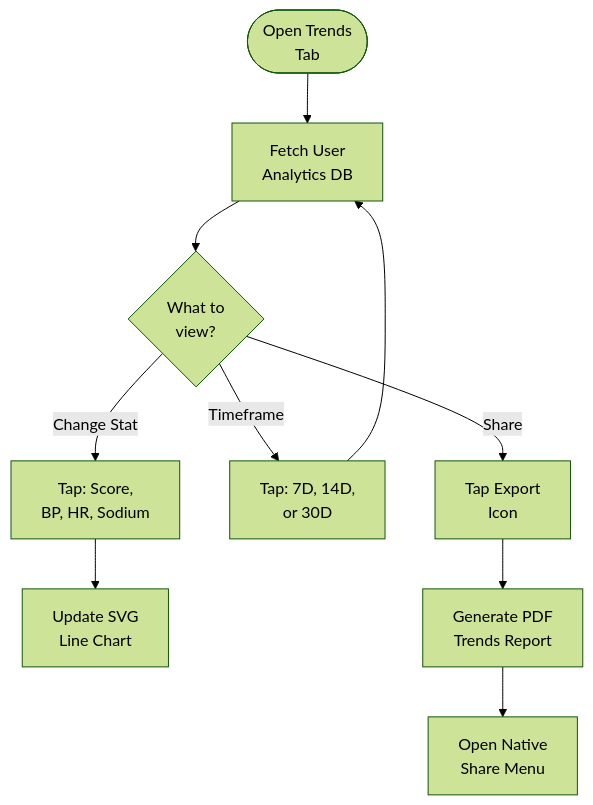
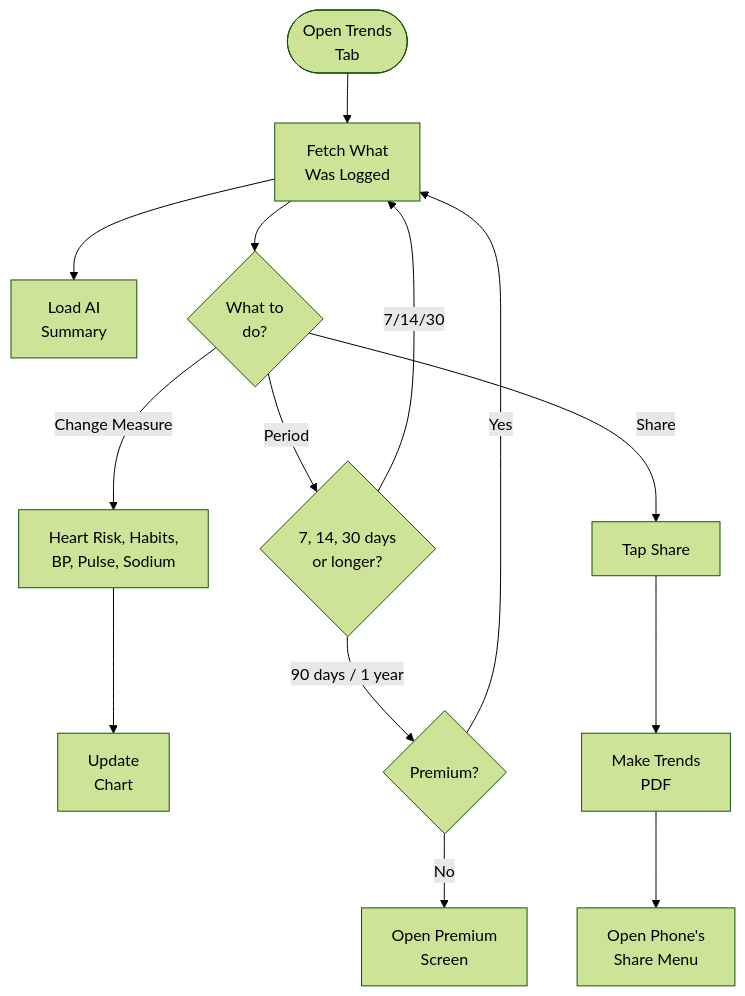
Before and after one commit to Quixotic-MJ/HEARTLINK_APP: the tenth of 18 diagrams in documentation/USER_FLOWS.md, drawn with Mermaid (forest theme). The commit also changed other lines of this file and 31 other files, not shown here.

````diff
--- a/documentation/USER_FLOWS.md
+++ b/documentation/USER_FLOWS.md
@@ -292,16 +316,20 @@
 ```mermaid
 flowchart TD
-    A(["Open Trends<br/>Tab"]) --> B["Fetch User<br/>Analytics DB"]
-    
-    B --> C{"What to<br/>view?"}
-    
-    C -- Change Stat --> C1["Tap: Score,<br/>BP, HR, Sodium"]
-    C1 --> D["Update SVG<br/>Line Chart"]
-    
-    C -- Timeframe --> C2["Tap: 7D, 14D,<br/>or 30D"]
-    C2 --> B
-    
-    C -- Share --> C3["Tap Export<br/>Icon"]
-    C3 --> E["Generate PDF<br/>Trends Report"]
-    E --> F["Open Native<br/>Share Menu"]
+    A(["Open Trends<br/>Tab"]) --> B["Fetch What<br/>Was Logged"]
+    B --> S["Load AI<br/>Summary"]
+
+    B --> C{"What to<br/>do?"}
+
+    C -- Change Measure --> C1["Heart Risk, Habits,<br/>BP, Pulse, Sodium"]
+    C1 --> D["Update<br/>Chart"]
+
+    C -- Period --> C2{"7, 14, 30 days<br/>or longer?"}
+    C2 -- "7/14/30" --> B
+    C2 -- "90 days / 1 year" --> P{"Premium?"}
+    P -- Yes --> B
+    P -- No --> P1["Open Premium<br/>Screen"]
+
+    C -- Share --> C3["Tap Share"]
+    C3 --> E["Make Trends<br/>PDF"]
+    E --> F["Open Phone's<br/>Share Menu"]
 ```
````
